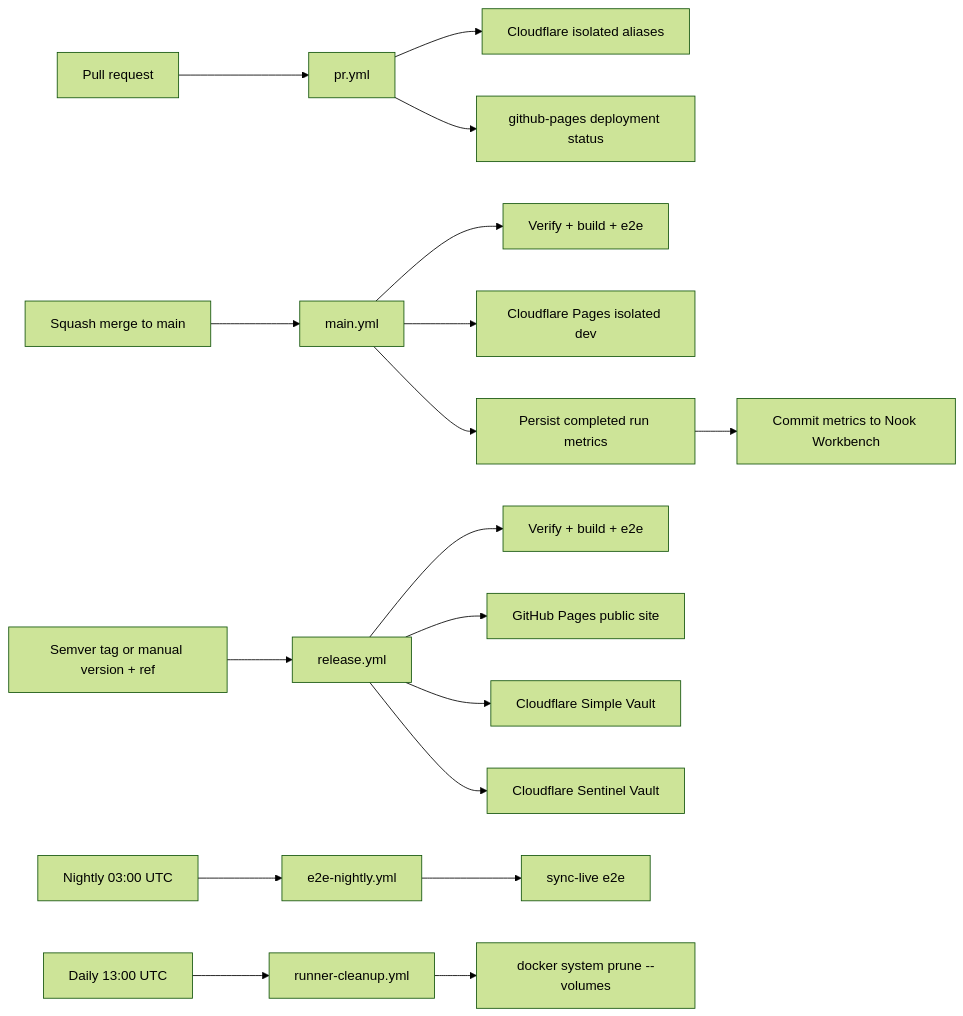
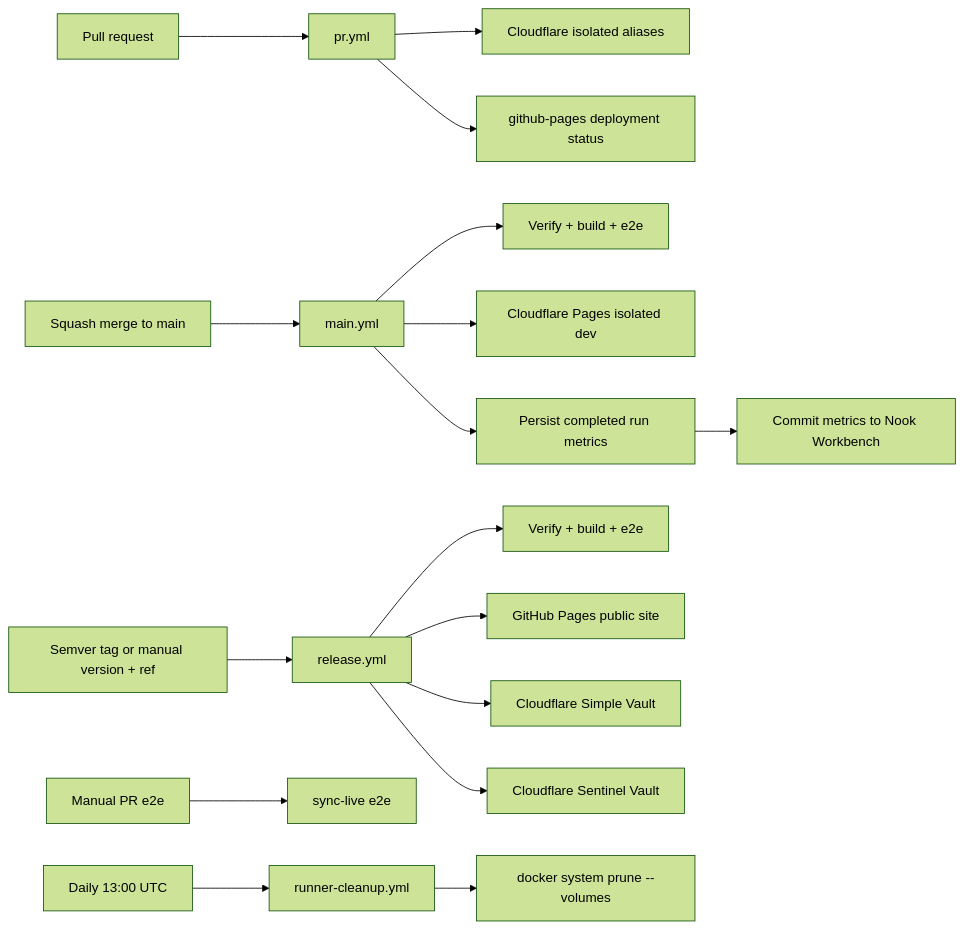
The diagram in .cortex/workflows/ci-pipeline.md (meta-secret/nook), drawn with Mermaid (forest theme) before and after one commit. The commit also changed other lines of this file and 25 other files, not shown here.

Commit message:
Remove scheduled nightly live-sync checks

````diff
--- a/.cortex/workflows/ci-pipeline.md
+++ b/.cortex/workflows/ci-pipeline.md
@@ -26,24 +25,23 @@
 ```mermaid
 flowchart LR
   PR[Pull request] --> pr_yml[pr.yml]
   pr_yml --> preview[Cloudflare isolated aliases]
   pr_yml --> pr_deployment[github-pages deployment status]
 
   merge[Squash merge to main] --> main_yml[main.yml]
   main_yml --> main_verify[Verify + build + e2e]
   main_yml --> cf_dev[Cloudflare Pages isolated dev]
   main_yml --> main_stats[Persist completed run metrics]
   main_stats --> workbench_stats[Commit metrics to Nook Workbench]
 
   release[Semver tag or manual version + ref] --> release_yml[release.yml]
   release_yml --> release_verify[Verify + build + e2e]
   release_yml --> pages[GitHub Pages public site]
   release_yml --> simple_cf[Cloudflare Simple Vault]
   release_yml --> sentinel_cf[Cloudflare Sentinel Vault]
 
-  cron[Nightly 03:00 UTC] --> nightly[e2e-nightly.yml]
-  nightly --> e2e_live[sync-live e2e]
+  manual_e2e[Manual PR e2e] --> e2e_live[sync-live e2e]
 
   cleanup_cron[Daily 13:00 UTC] --> cleanup[runner-cleanup.yml]
   cleanup --> docker_prune["docker system prune --volumes"]
 ```
````
